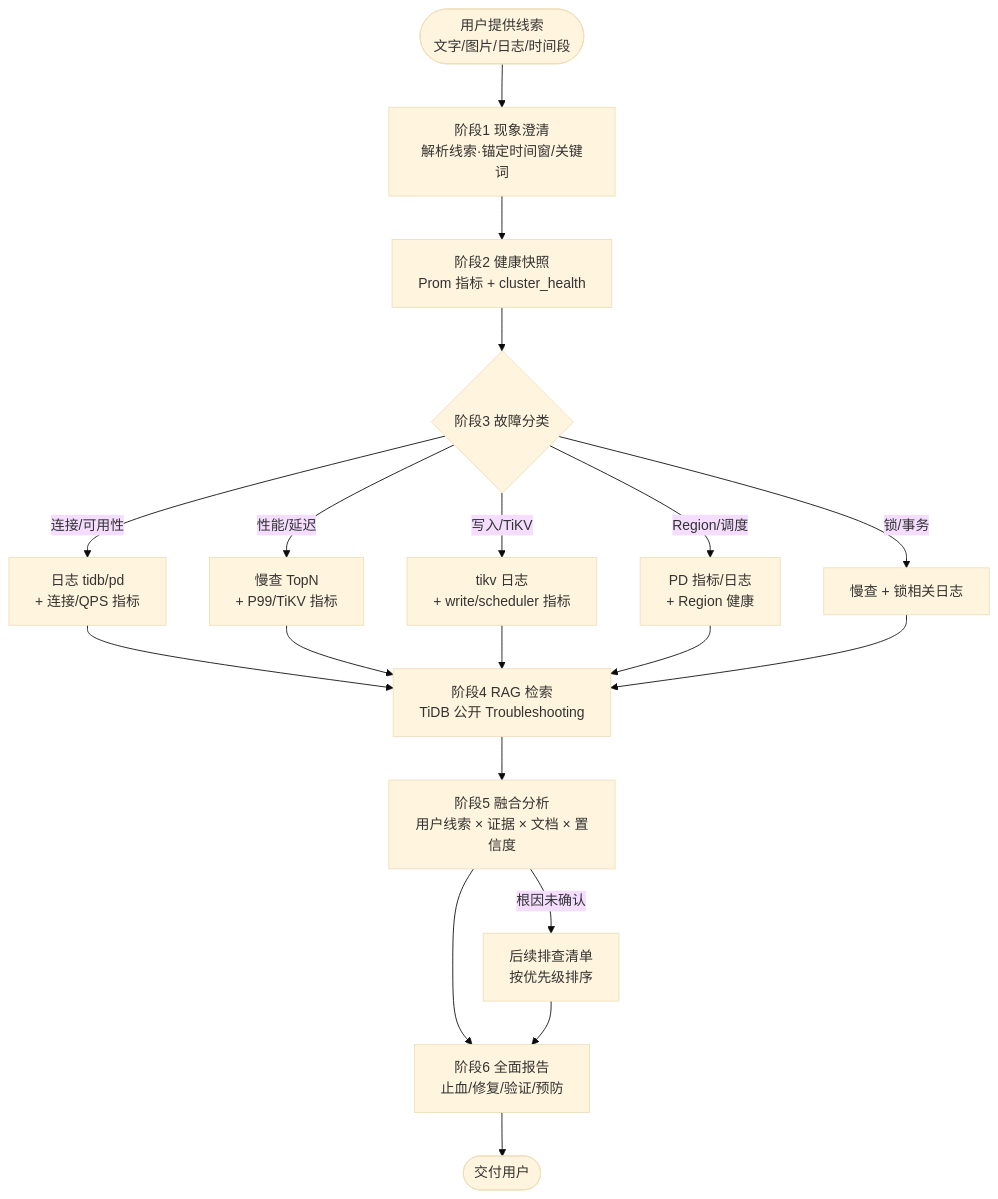
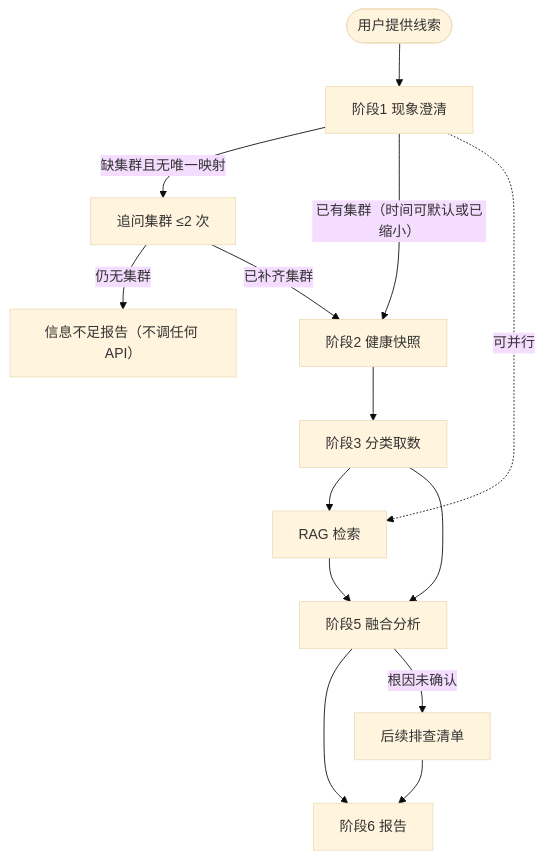
One commit to yangzhengjie/tidb-diag changed the second of 2 diagrams in docs/tidb-diag-agent-requirements.md. Above: the diagram before and after it, drawn with Mermaid (base theme). The commit also changed other lines of this file and 1 other file, not shown here.

First line of the commit message:
docs(architecture): revise requirements and design to v1.9

````diff
--- a/docs/tidb-diag-agent-requirements.md
+++ b/docs/tidb-diag-agent-requirements.md
@@ -168,24 +177,16 @@
 ```mermaid
 flowchart TB
-    Start(["用户提供线索<br/>文字/图片/日志/时间段"]) --> Clarify["阶段1 现象澄清<br/>解析线索·锚定时间窗/关键词"]
-    Clarify --> Snapshot["阶段2 健康快照<br/>Prom 指标 + cluster_health"]
-    Snapshot --> Classify{"阶段3 故障分类"}
-
-    Classify -->|连接/可用性| PathA["日志 tidb/pd<br/>+ 连接/QPS 指标"]
-    Classify -->|性能/延迟| PathB["慢查 TopN<br/>+ P99/TiKV 指标"]
-    Classify -->|写入/TiKV| PathC["tikv 日志<br/>+ write/scheduler 指标"]
-    Classify -->|Region/调度| PathD["PD 指标/日志<br/>+ Region 健康"]
-    Classify -->|锁/事务| PathE["慢查 + 锁相关日志"]
-
-    PathA --> RAG["阶段4 RAG 检索<br/>TiDB 公开 Troubleshooting"]
-    PathB --> RAG
-    PathC --> RAG
-    PathD --> RAG
-    PathE --> RAG
-
-    RAG --> Fusion["阶段5 融合分析<br/>用户线索 × 证据 × 文档 × 置信度"]
-    Fusion --> Report["阶段6 全面报告<br/>止血/修复/验证/预防"]
-    Fusion -->|根因未确认| Next["后续排查清单<br/>按优先级排序"]
+    Start(["用户提供线索"]) --> Clarify["阶段1 现象澄清"]
+    Clarify -->|缺集群且无唯一映射| Ask["追问集群 ≤2 次"]
+    Ask -->|仍无集群| Insufficient["信息不足报告（不调任何 API）"]
+    Clarify -->|已有集群（时间可默认或已缩小）| Snapshot["阶段2 健康快照"]
+    Ask -->|已补齐集群| Snapshot
+    Snapshot --> Classify["阶段3 分类取数"]
+    Clarify -.->|可并行| RAG["RAG 检索"]
+    Classify --> RAG
+    Classify --> Fusion["阶段5 融合分析"]
+    RAG --> Fusion
+    Fusion --> Report["阶段6 报告"]
+    Fusion -->|根因未确认| Next["后续排查清单"]
     Next --> Report
-    Report --> End(["交付用户"])
 ```
````
